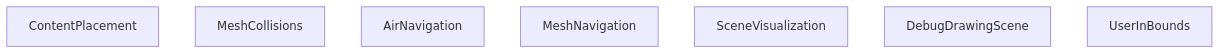
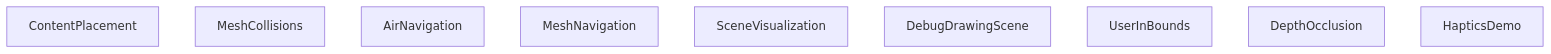
One commit to oculus-samples/Unity-Phanto changed the third of 3 diagrams in README.md. Above: the diagram before and after it, drawn with Mermaid. The commit also changed other lines of this file and 294 other files, not shown here.

````diff
--- a/README.md
+++ b/README.md
@@ -106,11 +156,13 @@
 ```mermaid
 graph TD;
 
     ContentPlacement;
     MeshCollisions;
     AirNavigation;
     MeshNavigation;
     SceneVisualization;
     DebugDrawingScene;
     UserInBounds;
+    DepthOcclusion;
+    HapticsDemo;
 ```
````
